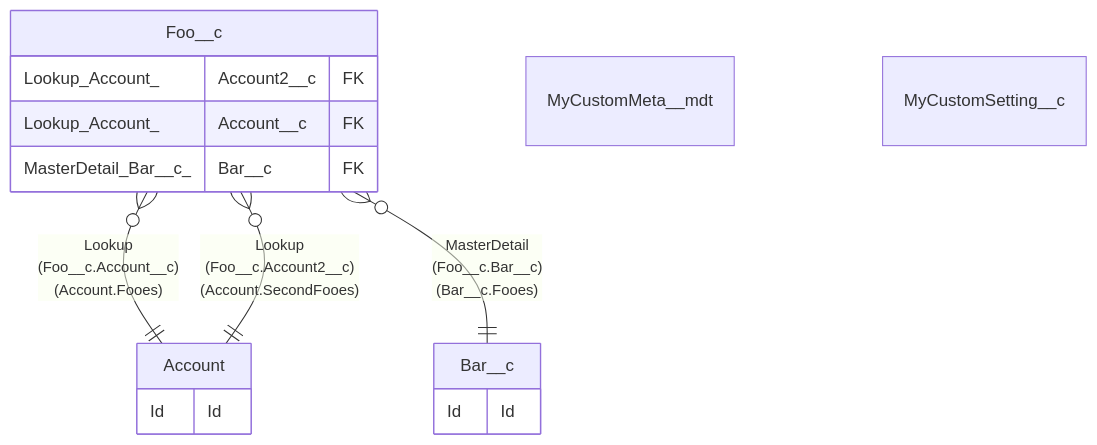
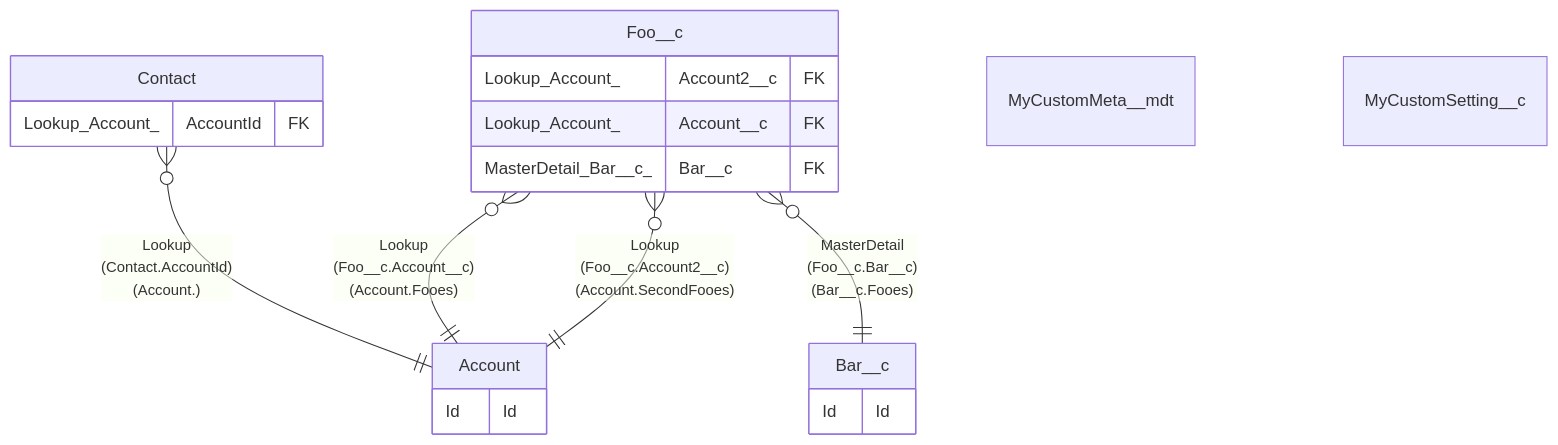
One commit to shellyln/tbls-driver-sf-cli-meta changed the diagram in sample/README.md. Above: the diagram before and after it, drawn with Mermaid. The commit also changed other lines of this file and 4 other files, not shown here.

````diff
--- a/sample/README.md
+++ b/sample/README.md
@@ -15,29 +16,35 @@
 ```mermaid
 erDiagram
 
+"Contact" }o--|| "Account" : "Lookup
+(Contact.AccountId)
+(Account.)"
 "Foo__c" }o--|| "Account" : "Lookup
 (Foo__c.Account__c)
 (Account.Fooes)"
+"Foo__c" }o--|| "Bar__c" : "MasterDetail
+(Foo__c.Bar__c)
+(Bar__c.Fooes)"
 "Foo__c" }o--|| "Account" : "Lookup
 (Foo__c.Account2__c)
 (Account.SecondFooes)"
-"Foo__c" }o--|| "Bar__c" : "MasterDetail
-(Foo__c.Bar__c)
-(Bar__c.Fooes)"
 
 "Account" {
   Id Id
 }
 "Bar__c" {
   Id Id
+}
+"Contact" {
+  Lookup_Account_ AccountId FK
 }
 "Foo__c" {
   Lookup_Account_ Account2__c FK
   Lookup_Account_ Account__c FK
   MasterDetail_Bar__c_ Bar__c FK
 }
 "MyCustomMeta__mdt" {
 }
 "MyCustomSetting__c" {
 }
 ```
````
